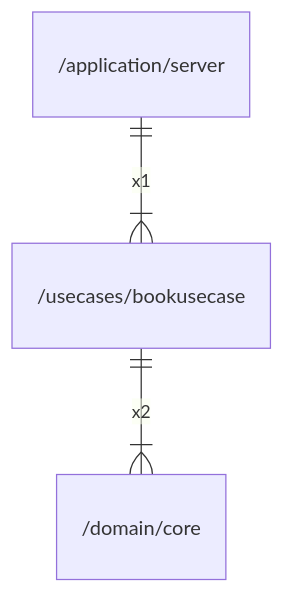
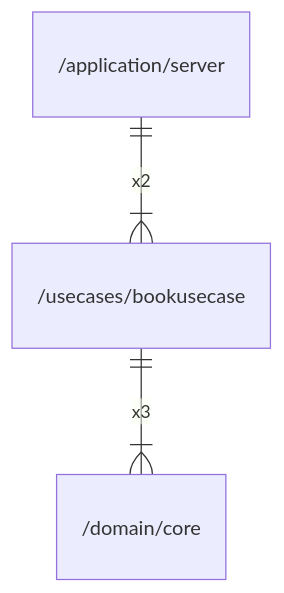
One commit to gbh007/hgraber-next changed the diagram in docs/arch/usecases/bookusecase.md. Above: the diagram before and after it, drawn with Mermaid. The commit also changed other lines of this file and 52 other files, not shown here.

````diff
--- a/docs/arch/usecases/bookusecase.md
+++ b/docs/arch/usecases/bookusecase.md
@@ -22,5 +22,5 @@
 ```mermaid
 erDiagram
-    "/application/server" ||--|{ "/usecases/bookusecase" : x1
-    "/usecases/bookusecase" ||--|{ "/domain/core" : x2
+    "/application/server" ||--|{ "/usecases/bookusecase" : x2
+    "/usecases/bookusecase" ||--|{ "/domain/core" : x3
 ```
````
